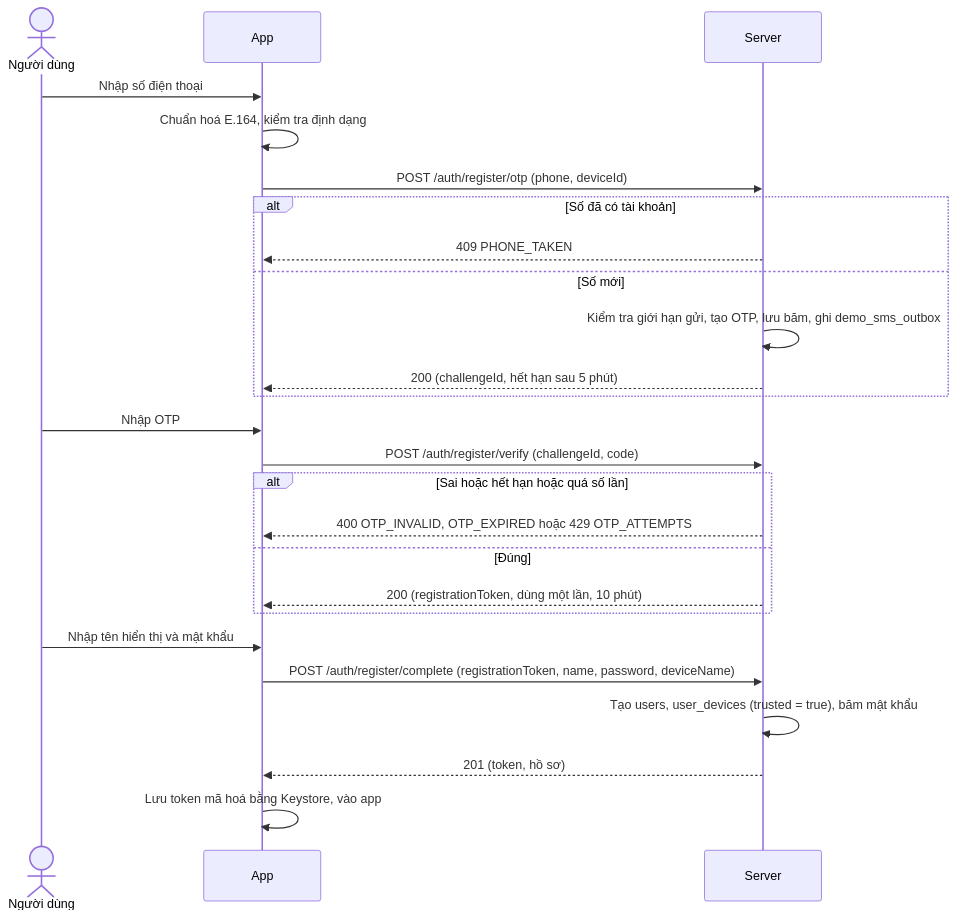
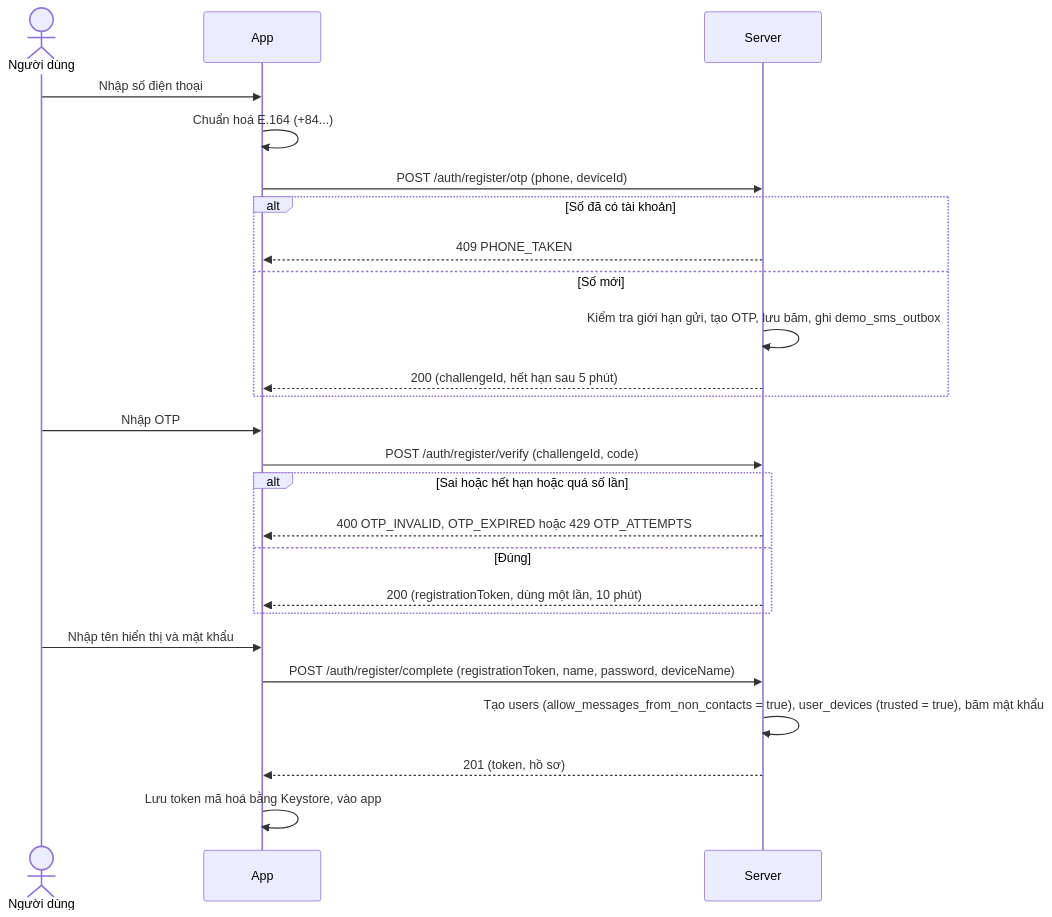
One commit to Project-Mobile-TEAM/Project_Mobile changed the first of 10 diagrams in docs/FLOWS.md. Above: the diagram before and after it, drawn with Mermaid. The commit also changed other lines of this file and 8 other files, not shown here.

Commit message:
docs: complete architecture specifications, API contract and deployment security

````diff
--- a/docs/FLOWS.md
+++ b/docs/FLOWS.md
@@ -30,27 +14,27 @@
 ```mermaid
 sequenceDiagram
     actor U as Người dùng
     participant A as App
     participant S as Server
     U->>A: Nhập số điện thoại
-    A->>A: Chuẩn hoá E.164, kiểm tra định dạng
+    A->>A: Chuẩn hoá E.164 (+84...)
     A->>S: POST /auth/register/otp (phone, deviceId)
     alt Số đã có tài khoản
         S-->>A: 409 PHONE_TAKEN
     else Số mới
         S->>S: Kiểm tra giới hạn gửi, tạo OTP, lưu băm, ghi demo_sms_outbox
         S-->>A: 200 (challengeId, hết hạn sau 5 phút)
     end
     U->>A: Nhập OTP
     A->>S: POST /auth/register/verify (challengeId, code)
     alt Sai hoặc hết hạn hoặc quá số lần
         S-->>A: 400 OTP_INVALID, OTP_EXPIRED hoặc 429 OTP_ATTEMPTS
     else Đúng
         S-->>A: 200 (registrationToken, dùng một lần, 10 phút)
     end
     U->>A: Nhập tên hiển thị và mật khẩu
     A->>S: POST /auth/register/complete (registrationToken, name, password, deviceName)
-    S->>S: Tạo users, user_devices (trusted = true), băm mật khẩu
+    S->>S: Tạo users (allow_messages_from_non_contacts = true), user_devices (trusted = true), băm mật khẩu
     S-->>A: 201 (token, hồ sơ)
     A->>A: Lưu token mã hoá bằng Keystore, vào app
 ```
````
